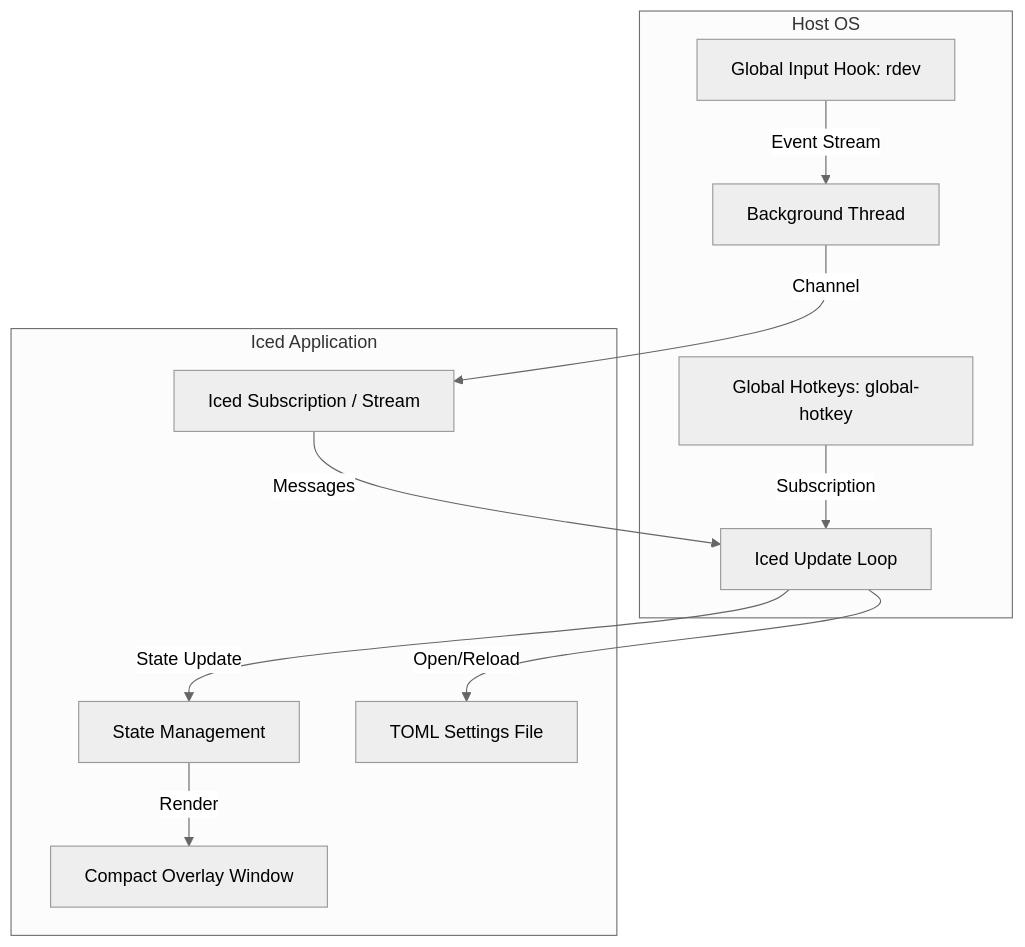
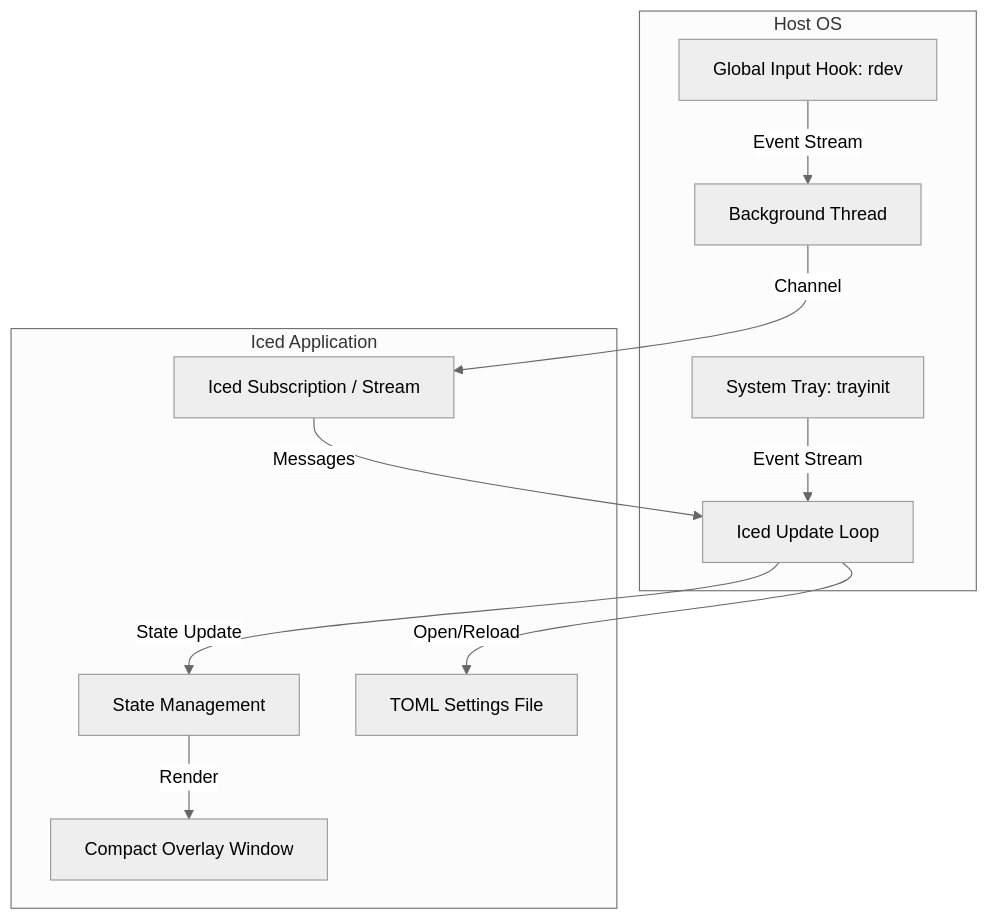
The diagram in DESIGN.md (Charlie-XIAO/echoinput), drawn with Mermaid (neutral theme) before and after one commit. The commit also changed other lines of this file, not shown here.

````diff
--- a/DESIGN.md
+++ b/DESIGN.md
@@ -19,14 +19,14 @@
 ```mermaid
 graph TD
     subgraph Host OS
         A[Global Input Hook: rdev] -- Event Stream --> B[Background Thread]
-        H[Global Hotkeys: global-hotkey] -- Subscription --> D
+        H[System Tray: trayinit] -- Event Stream --> D
     end
     subgraph Iced Application
         B -- Channel --> C[Iced Subscription / Stream]
         C -- Messages --> D[Iced Update Loop]
         D -- State Update --> E[State Management]
         E -- Render --> F[Compact Overlay Window]
         D -- Open/Reload --> G[TOML Settings File]
     end
 ```
````
